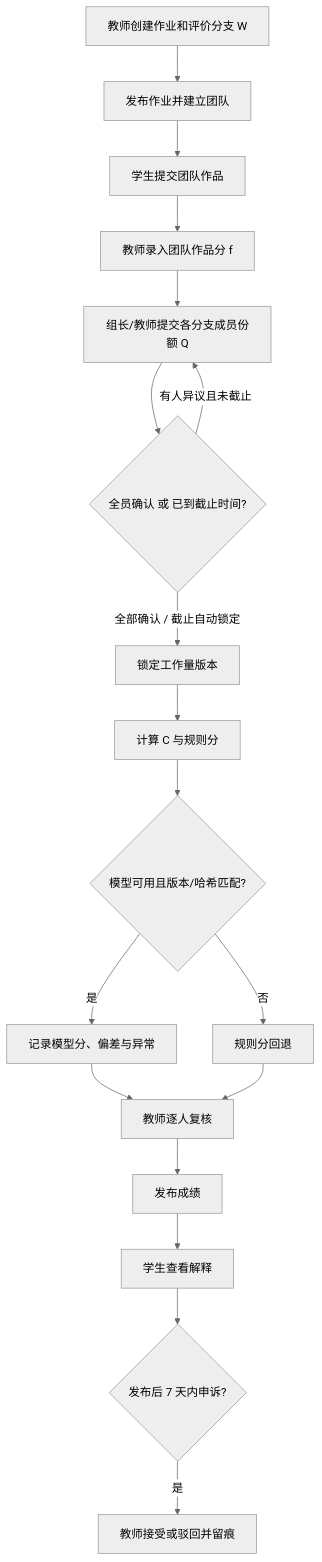
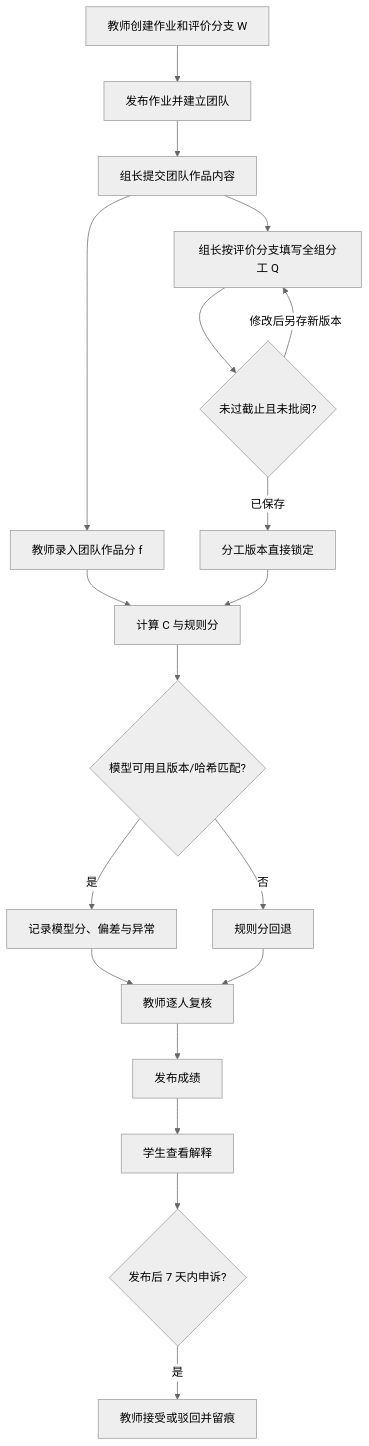
The second of 6 diagrams in docs/SYSTEM_DESIGN.md (Anny-ZYF/pbl-demo), drawn with Mermaid (neutral theme) before and after one commit. The commit also changed other lines of this file and 16 other files, not shown here.

````diff
--- a/docs/SYSTEM_DESIGN.md
+++ b/docs/SYSTEM_DESIGN.md
@@ -65,20 +65,21 @@
 ```mermaid
 flowchart TD
     A["教师创建作业和评价分支 W"] --> B["发布作业并建立团队"]
-    B --> C["学生提交团队作品"]
-    C --> D["教师录入团队作品分 f"]
-    D --> E["组长/教师提交各分支成员份额 Q"]
-    E --> F{"全员确认 或 已到截止时间?"}
-    F -->|"有人异议且未截止"| E
-    F -->|"全部确认 / 截止自动锁定"| G["锁定工作量版本"]
-    G --> H["计算 C 与规则分"]
+    B --> C["组长提交团队作品内容"]
+    C --> D["组长按评价分支填写全组分工 Q"]
+    D --> E{"未过截止且未批阅?"}
+    E -->|"修改后另存新版本"| D
+    E -->|"已保存"| G["分工版本直接锁定"]
+    C --> F["教师录入团队作品分 f"]
+    F --> H["计算 C 与规则分"]
+    G --> H
     H --> I{"模型可用且版本/哈希匹配?"}
     I -->|"是"| J["记录模型分、偏差与异常"]
     I -->|"否"| K["规则分回退"]
     J --> L["教师逐人复核"]
     K --> L
     L --> M["发布成绩"]
     M --> N["学生查看解释"]
     N --> O{"发布后 7 天内申诉?"}
     O -->|"是"| P["教师接受或驳回并留痕"]
 ```
````
